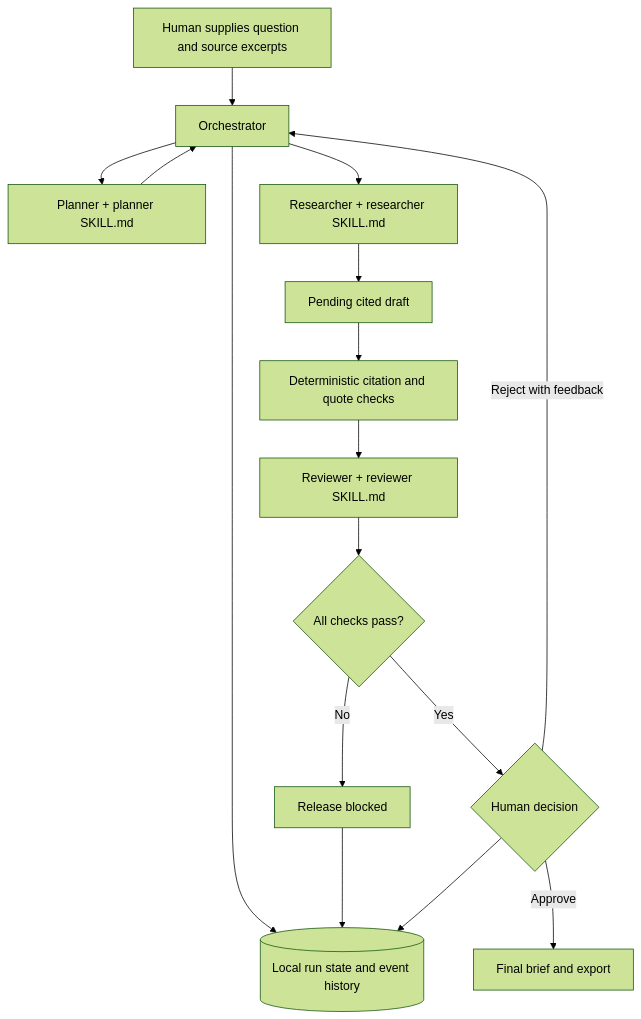
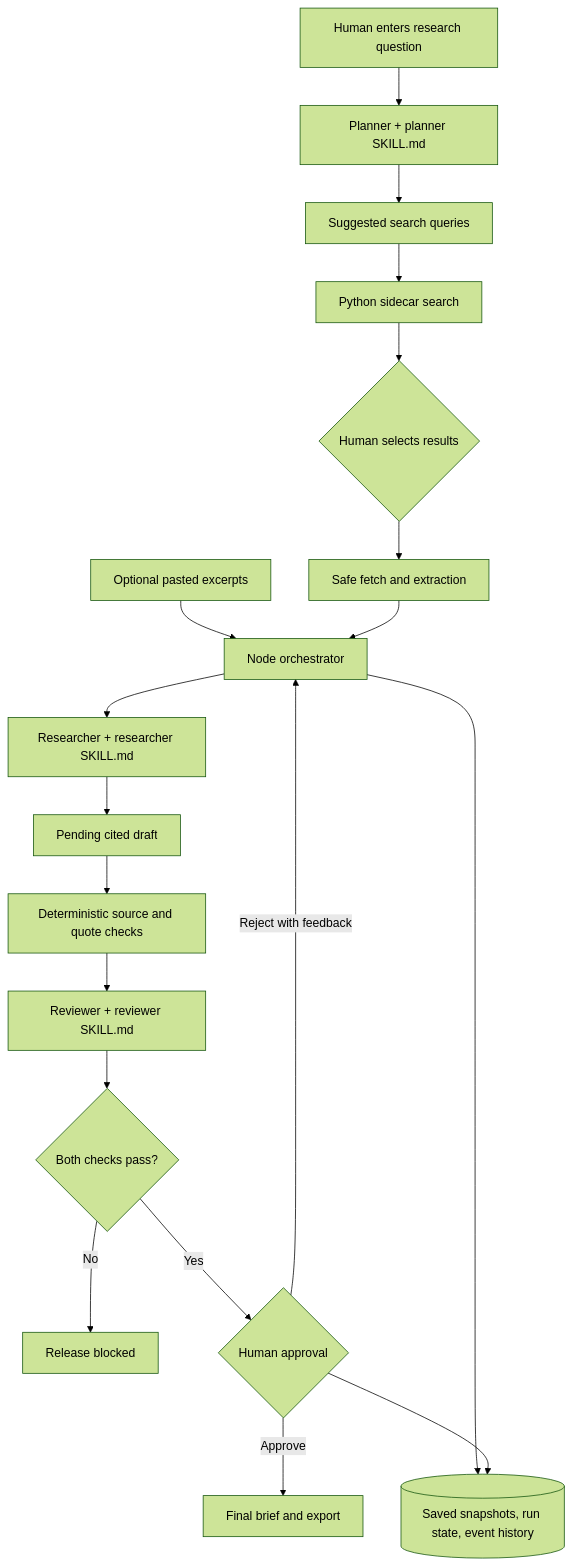
The diagram in README.md (raldddddddd/SIP), drawn with Mermaid (forest theme) before and after one commit. The commit also changed other lines of this file and 27 other files, not shown here.

Commit message:
Add governed web search and source extraction

````diff
--- a/README.md
+++ b/README.md
@@ -48,18 +61,21 @@
 ```mermaid
 flowchart TD
-    U[Human supplies question and source excerpts] --> O[Orchestrator]
-    O --> P[Planner + planner SKILL.md]
-    P --> O
+    U[Human enters research question] --> P[Planner + planner SKILL.md]
+    P --> Q[Suggested search queries]
+    Q --> S[Python sidecar search]
+    S --> H{Human selects results}
+    H --> F[Safe fetch and extraction]
+    M[Optional pasted excerpts] --> O[Node orchestrator]
+    F --> O
     O --> R[Researcher + researcher SKILL.md]
     R --> D[Pending cited draft]
-    D --> C[Deterministic citation and quote checks]
+    D --> C[Deterministic source and quote checks]
     C --> V[Reviewer + reviewer SKILL.md]
-    V --> G{All checks pass?}
+    V --> G{Both checks pass?}
     G -- No --> B[Release blocked]
-    G -- Yes --> H{Human decision}
-    H -- Reject with feedback --> O
-    H -- Approve --> F[Final brief and export]
-    O --> L[(Local run state and event history)]
-    B --> L
-    H --> L
+    G -- Yes --> A{Human approval}
+    A -- Reject with feedback --> O
+    A -- Approve --> Z[Final brief and export]
+    O --> L[(Saved snapshots, run state, event history)]
+    A --> L
 ```
````
